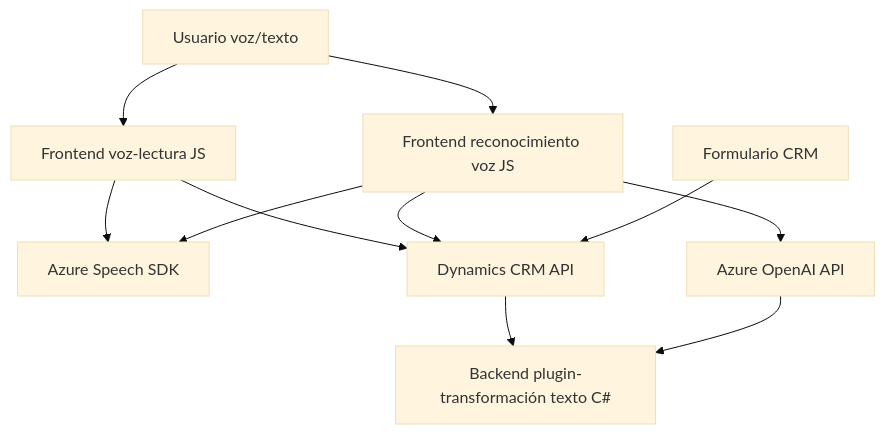
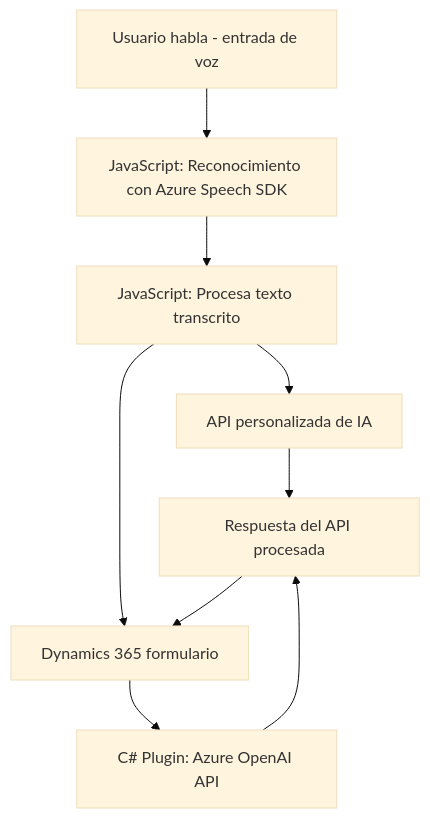
The diagram in README.md (blopezdm/NETCORE_BILBAO2025), drawn with Mermaid (base theme) before and after one commit. The commit also changed other lines of this file, not shown here.

Commit message:
Actualizar análisis global de la solución con IA

````diff
--- a/README.md
+++ b/README.md
@@ -40,22 +55,19 @@
 ```mermaid
 graph TD
-    A["Frontend voz-lectura JS"]
-    B["Frontend reconocimiento voz JS"]
-    C["Backend plugin-transformación texto C#"]
-    D["Azure Speech SDK"]
-    E["Azure OpenAI API"]
-    F["Dynamics CRM API"]
-    G["Usuario voz/texto"]
-    H["Formulario CRM"]
+    A["Usuario habla - entrada de voz"]
+    B["JavaScript: Reconocimiento con Azure Speech SDK"]
+    C["JavaScript: Procesa texto transcrito"]
+    D["API personalizada de IA"]
+    E["Dynamics 365 formulario"]
+    F["C# Plugin: Azure OpenAI API"]
+    G["Respuesta del API procesada"]
 
-    G --> A
-    G --> B
-    A --> D
-    B --> D
-    B --> E
-    A --> F
-    B --> F
-    F --> C
-    E --> C
-    H --> F
+    A --> B
+    B --> C
+    C --> D
+    D --> G
+    C --> E
+    G --> E
+    E --> F
+    F --> G
 ```
````
